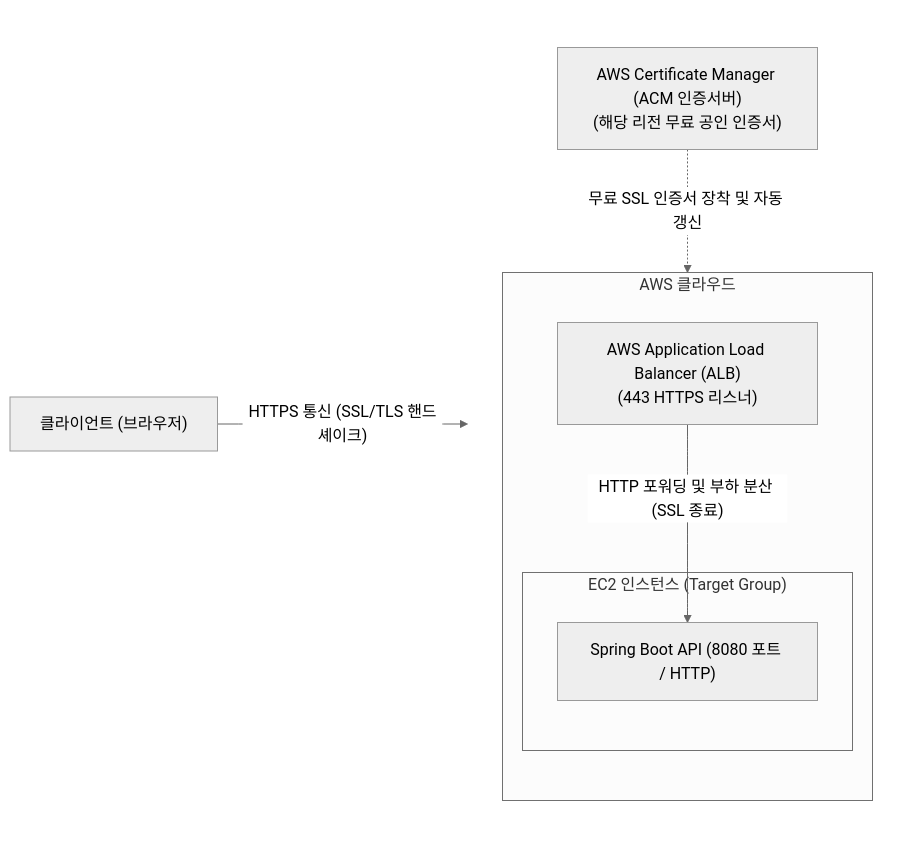
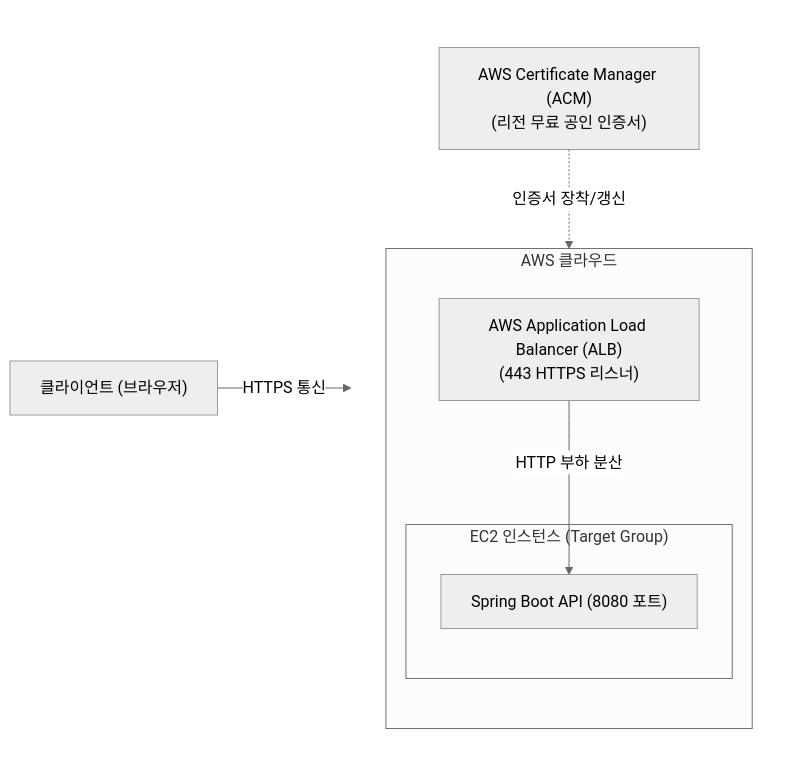
Before and after one commit to likelion-backend-25th/22-project-sns: the fourth of 4 diagrams in guide/04.challenge.md, drawn with Mermaid (neutral theme). The commit also changed other lines of this file, not shown here.

````diff
--- a/guide/04.challenge.md
+++ b/guide/04.challenge.md
@@ -341,23 +344,24 @@
 ```mermaid
 flowchart LR
     Client["클라이언트 (브라우저)"]
 
     subgraph ServerSide[" "]
         direction TB
-        ACM["AWS Certificate Manager (ACM 인증서버)<br/>(해당 리전 무료 공인 인증서)"]
+        ACM["AWS Certificate Manager (ACM)<br/>(리전 무료 공인 인증서)"]
 
         subgraph AWS["AWS 클라우드"]
             direction TB
             ALB["AWS Application Load Balancer (ALB)<br/>(443 HTTPS 리스너)"]
             subgraph EC2["EC2 인스턴스 (Target Group)"]
-                SpringBoot["Spring Boot API (8080 포트 / HTTP)"]
+                SpringBoot["Spring Boot API (8080 포트)"]
             end
+
+            ALB -->|"HTTP 부하 분산"| SpringBoot
         end
     end
 
-    Client -->|"HTTPS 통신 (SSL/TLS 핸드셰이크)"| ALB
-    ACM -.->|"무료 SSL 인증서 장착 및 자동 갱신"| ALB
-    ALB -->|"HTTP 포워딩 및 부하 분산 (SSL 종료)"| SpringBoot
+    Client -->|"HTTPS 통신"| ALB
+    ACM -.->|"인증서 장착/갱신"| ALB
 
     style ServerSide fill:none,stroke:none
 ```
````
